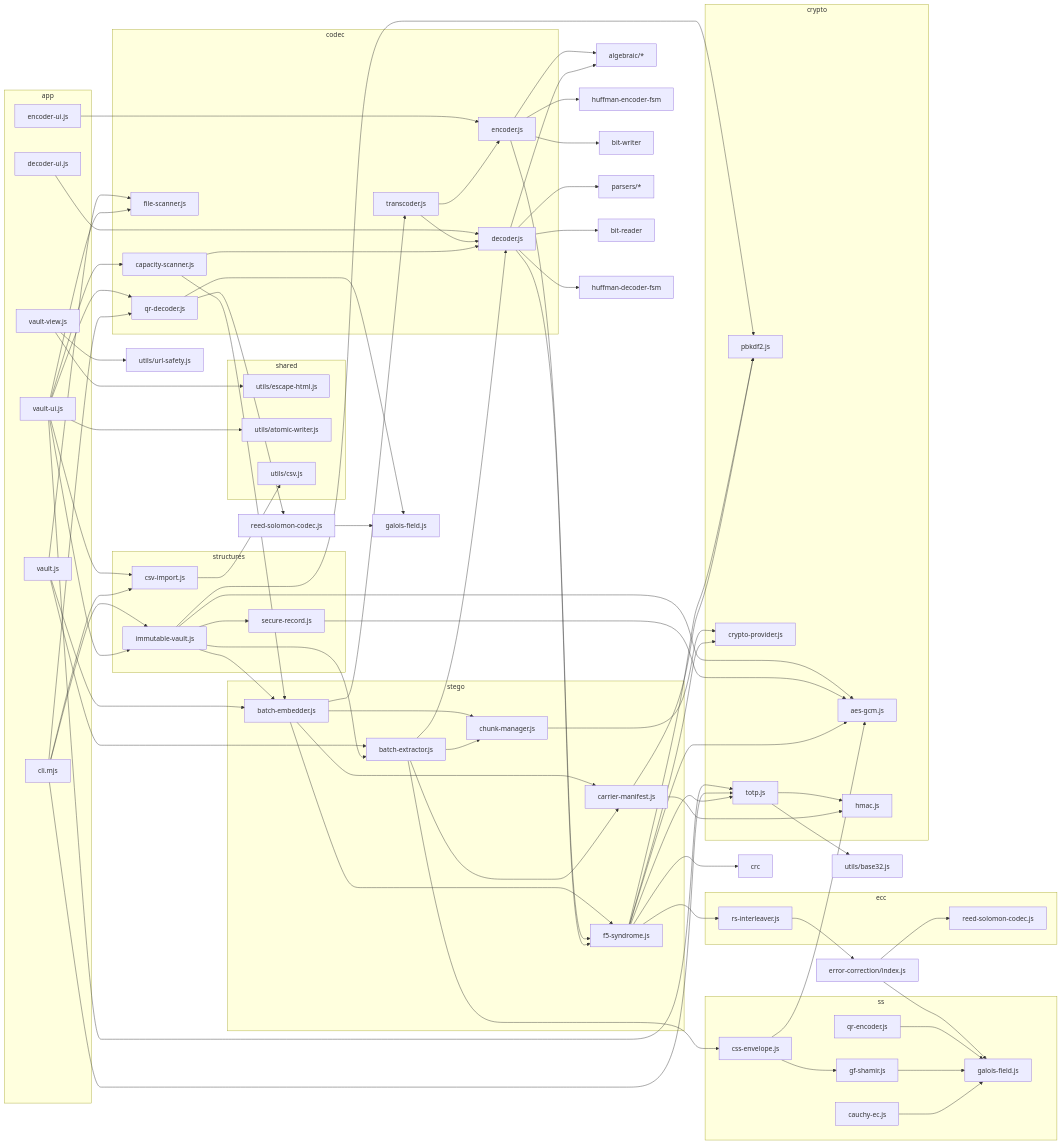
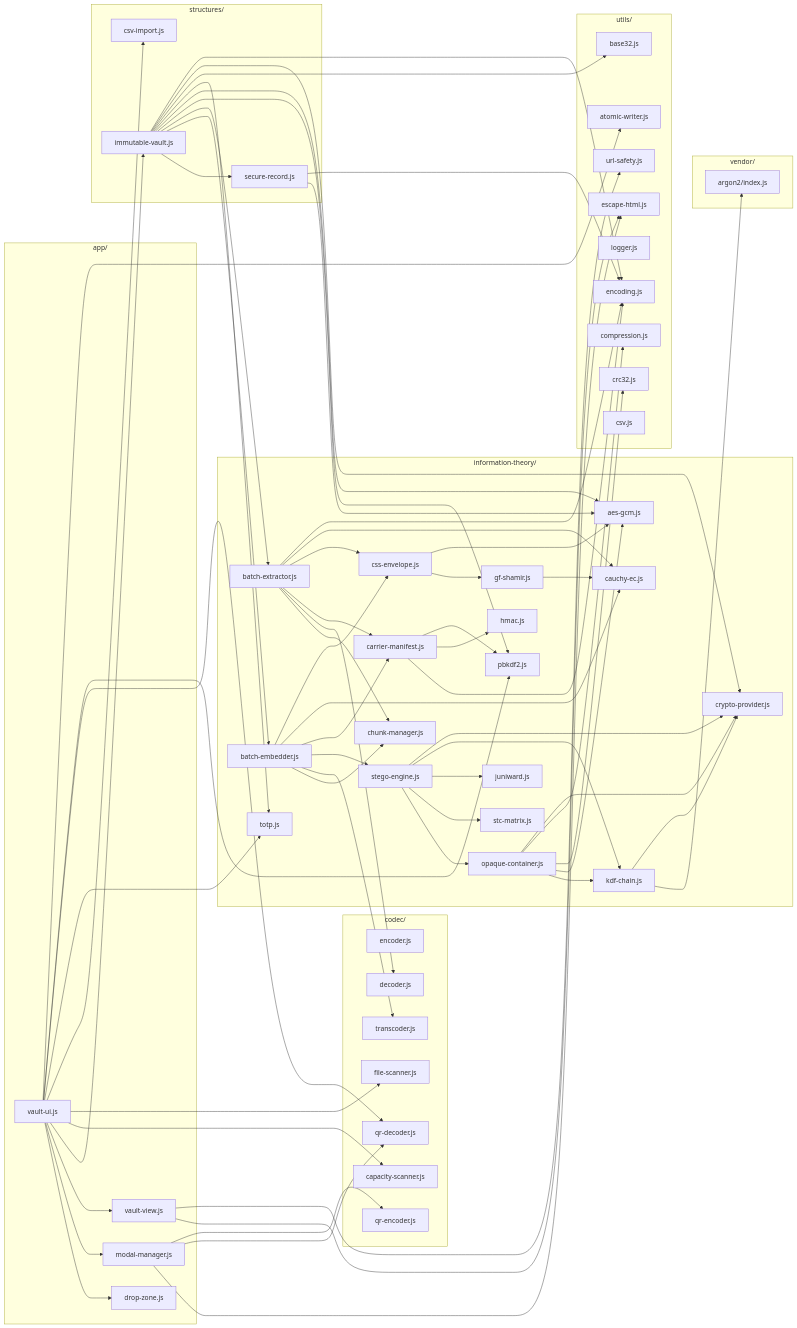
One commit to jessebeard/Ollie changed the second of 5 diagrams in src/specs/WIREFRAME.md. Above: the diagram before and after it, drawn with Mermaid. The commit also changed other lines of this file and 200 other files, not shown here.

````diff
--- a/src/specs/WIREFRAME.md
+++ b/src/specs/WIREFRAME.md
@@ -166,138 +166,126 @@
 ```mermaid
 flowchart LR
-    subgraph app
-        encui["encoder-ui.js"]
-        decui["decoder-ui.js"]
+    subgraph UI_LAYER["app/"]
         vui["vault-ui.js"]
-        vview["vault-view.js"]
-        vaultpage["vault.js"]
-        cli["cli.mjs"]
+        dz["drop-zone.js"]
+        mm["modal-manager.js"]
+        vv["vault-view.js"]
     end
 
-    subgraph shared
-        esc["utils/escape-html.js"]
-        awriter["utils/atomic-writer.js"]
-        csvutil["utils/csv.js"]
-    end
-
-    subgraph structures
+    subgraph STRUCT_LAYER["structures/"]
         pv["immutable-vault.js"]
         securerec["secure-record.js"]
         csvimp["csv-import.js"]
     end
 
-    subgraph stego
-        f5["f5-syndrome.js"]
+    subgraph CODEC_LAYER["codec/"]
+        enc["encoder.js"]
+        dec["decoder.js"]
+        trans["transcoder.js"]
+        cap["capacity-scanner.js"]
+        fsc["file-scanner.js"]
+        qr["qr-encoder.js"]
+        qrdec["qr-decoder.js"]
+    end
+
+    subgraph IT_LAYER["information-theory/"]
+        stego["stego-engine.js"]
+        opaque["opaque-container.js"]
+        stc["stc-matrix.js"]
+        juniward["juniward.js"]
         bem["batch-embedder.js"]
         bex["batch-extractor.js"]
         cm["chunk-manager.js"]
         cman["carrier-manifest.js"]
-    end
-
-    subgraph ss
         shamir["gf-shamir.js"]
         env["css-envelope.js"]
-        gf["gf256.js"]
         cauchy["cauchy-ec.js"]
-        qr["qr-encoder.js"]
-    end
-
-    subgraph ecc
-        rsi["rs-interleaver.js"]
-        rsc["reed-solomon-codec.js"]
-        gf["galois-field.js"]
-    end
-
-    subgraph crypto
+        kdf["kdf-chain.js"]
         pbkdf["pbkdf2.js"]
         aes["aes-gcm.js"]
         hmack["hmac.js"]
+        totpmod["totp.js"]
         cprov["crypto-provider.js"]
-        totpmod["totp.js"]
     end
 
-    subgraph codec
-        enc["encoder.js"]
-        dec["decoder.js"]
-        trans["transcoder.js"]
-        cap["capacity-scanner.js"]
-        fscan["file-scanner.js"]
-        qrdec["qr-decoder.js"]
+    subgraph VENDOR_LAYER["vendor/"]
+        argon["argon2/index.js"]
     end
 
-    encui --> enc
-    decui --> dec
-    vview --> urlsafe["utils/url-safety.js"]
-    vview --> esc
-    vui --> awriter
+    subgraph UTILS_LAYER["utils/"]
+        crc["crc32.js"]
+        comp["compression.js"]
+        encod["encoding.js"]
+        b32["base32.js"]
+        log["logger.js"]
+        url["url-safety.js"]
+        esc["escape-html.js"]
+        aw["atomic-writer.js"]
+        csv["csv.js"]
+    end
+
+    vui --> dz
+    vui --> mm
+    vui --> vv
+    vui --> pv
+    vui --> cap
+    vui --> fsc
     vui --> csvimp
     vui --> totpmod
     vui --> qrdec
-    cli --> qrdec
-    cli --> totpmod
-    totpmod --> b32["utils/base32.js"]
-    csvimp --> csvutil
+    vui --> pbkdf
+    vui --> aw
 
-    vaultpage --> bem
-    vaultpage --> bex
-    vaultpage --> fscan
-    cli --> pv
-    cli --> csvimp
-    vui --> pv
-    vui --> cap
-    vui --> fscan
+    mm --> esc
+    mm --> qrdec
+    mm --> qr
+    vv --> esc
+    vv --> url
 
     pv --> securerec
     pv --> bem
     pv --> bex
     pv --> pbkdf
     pv --> aes
+    pv --> totpmod
+    pv --> b32
+    pv --> cprov
+    pv --> encod
     securerec --> aes
+    securerec --> encod
 
     bem --> cm
     bem --> trans
-    bem --> f5
+    bem --> stego
     bem --> cman
+    bem --> cauchy
+    bem --> env
     bex --> cm
     bex --> dec
     bex --> cman
     bex --> env
-    cm --> cprov
+    bex --> cauchy
+    bex --> encod
+    cman --> encod
 
-    f5 --> rsi
-    f5 --> aes
-    f5 --> pbkdf
-    f5 --> cprov
-    f5 --> totpmod
-    totpmod --> hmack
-    f5 --> crc
+    stego --> opaque
+    stego --> stc
+    stego --> juniward
+    stego --> kdf
+    stego --> cprov
 
-    rsi --> eidx["error-correction/index.js"]
-    eidx --> rsc
-    eidx --> gf
+    opaque --> kdf
+    opaque --> aes
+    opaque --> crc
+    opaque --> comp
+    opaque --> cprov
+
+    kdf --> argon
+    kdf --> cprov
 
     cman --> hmack
     cman --> pbkdf
     env --> shamir
-    qr --> gf
     env --> aes
-    shamir --> gf
-    cauchy --> gf
-    qrdec --> rsc2["reed-solomon-codec.js"]
-    qrdec --> gfs["galois-field.js"]
-    rsc2 --> gfs
-
-    enc --> alg["algebraic/*"]
-    enc --> huffenc["huffman-encoder-fsm"]
-    enc --> bw["bit-writer"]
-    enc --> f5
-    dec --> parsers["parsers/*"]
-    dec --> br["bit-reader"]
-    dec --> huffdec["huffman-decoder-fsm"]
-    dec --> alg
-    dec --> f5
-    trans --> enc
-    trans --> dec
-    cap --> dec
-    cap --> bem
+    shamir --> cauchy
 ```
````
